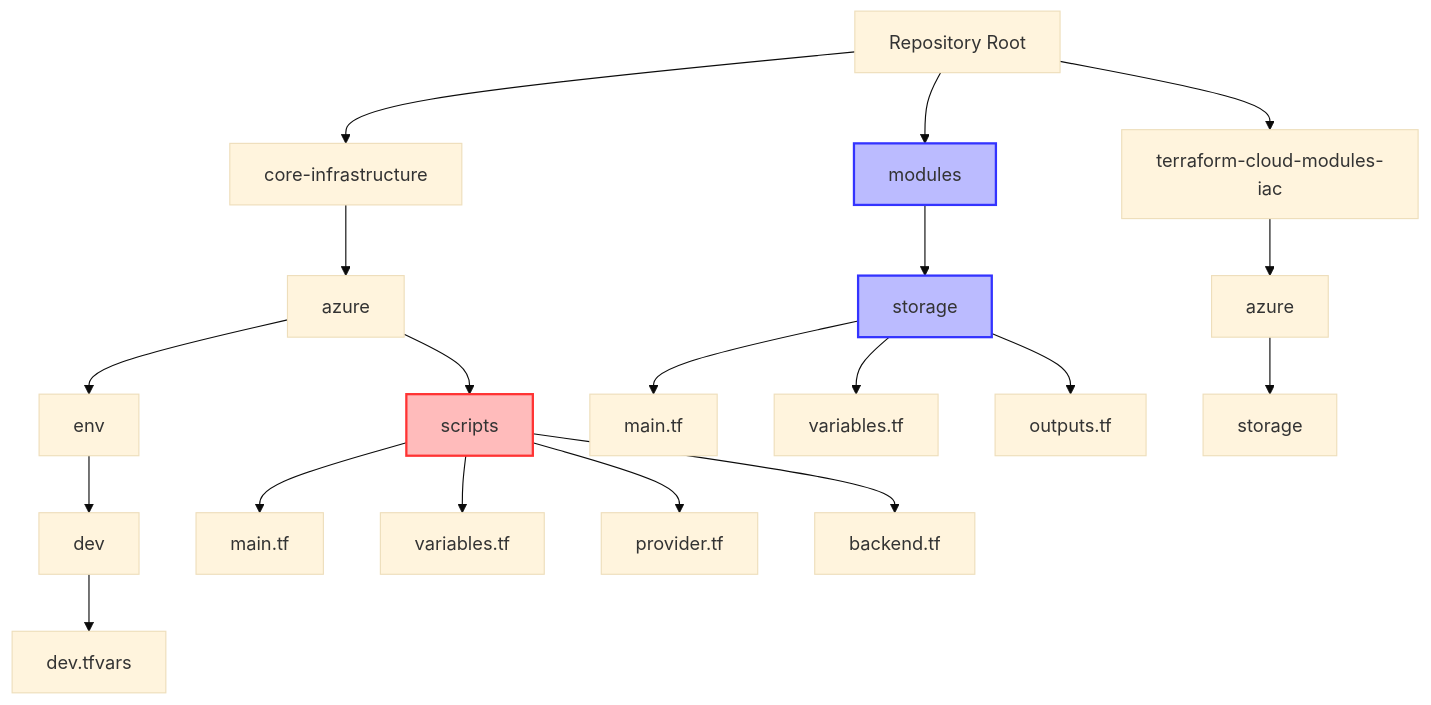
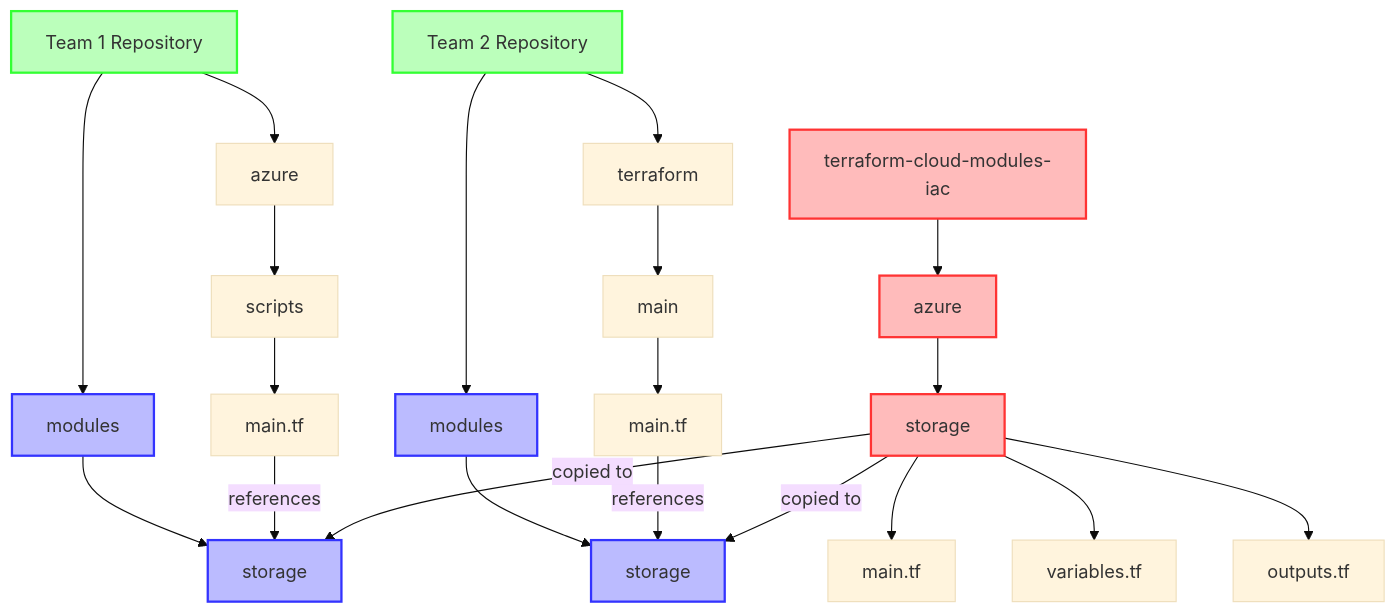
Before and after one commit to joselrnz/terraform-cloud-modules-iac: the fourth of 8 diagrams in PLAYBOOK.md, drawn with Mermaid (base theme). The commit also changed other lines of this file, not shown here.

````diff
--- a/PLAYBOOK.md
+++ b/PLAYBOOK.md
@@ -255,30 +298,38 @@
 ```mermaid
 graph TD
-    A[Repository Root] --> B[core-infrastructure]
-    A --> C[terraform-cloud-modules-iac]
-    A --> D[modules]
+    A[terraform-cloud-modules-iac] --> C[azure]
+    C --> C1[storage]
+    C1 --> C11[main.tf]
+    C1 --> C12[variables.tf]
+    C1 --> C13[outputs.tf]
 
-    B --> B1[azure]
-    B1 --> B2[env]
-    B1 --> B3[scripts]
+    Z1[Team 1 Repository] --> B1[azure]
+    Z1 --> D1[modules]
 
-    B2 --> B21[dev]
-    B21 --> B211[dev.tfvars]
+    Z2[Team 2 Repository] --> B2[terraform]
+    Z2 --> D2[modules]
 
-    B3 --> B31[main.tf]
-    B3 --> B32[variables.tf]
-    B3 --> B33[provider.tf]
-    B3 --> B34[backend.tf]
+    B1 --> B11[scripts]
+    B11 --> B111[main.tf]
 
-    D --> D1[storage]
-    D1 --> D11[main.tf]
-    D1 --> D12[variables.tf]
-    D1 --> D13[outputs.tf]
+    B2 --> B21[main]
+    B21 --> B211[main.tf]
 
-    C --> C1[azure]
-    C1 --> C11[storage]
+    D1 --> D11[storage]
+    D2 --> D21[storage]
 
-    style D fill:#bbf,stroke:#33f,stroke-width:2px
+    B111 -- "references" --> D11
+    B211 -- "references" --> D21
+    C1 -- "copied to" --> D11
+    C1 -- "copied to" --> D21
+
+    style A fill:#fbb,stroke:#f33,stroke-width:2px
+    style C fill:#fbb,stroke:#f33,stroke-width:2px
+    style C1 fill:#fbb,stroke:#f33,stroke-width:2px
+    style Z1 fill:#bfb,stroke:#3f3,stroke-width:2px
+    style Z2 fill:#bfb,stroke:#3f3,stroke-width:2px
     style D1 fill:#bbf,stroke:#33f,stroke-width:2px
-    style B3 fill:#fbb,stroke:#f33,stroke-width:2px
+    style D11 fill:#bbf,stroke:#33f,stroke-width:2px
+    style D2 fill:#bbf,stroke:#33f,stroke-width:2px
+    style D21 fill:#bbf,stroke:#33f,stroke-width:2px
 ```
````
